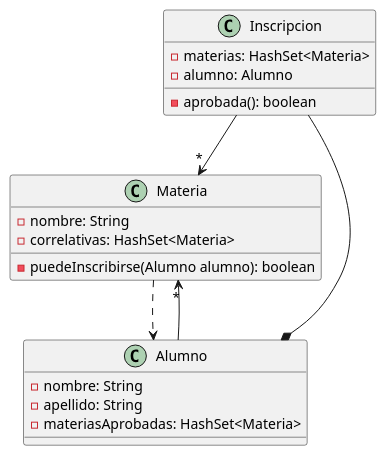
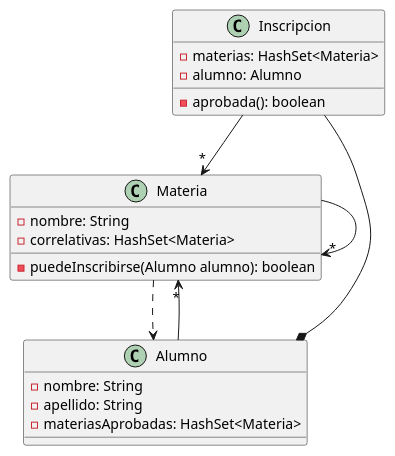
The diagram in correlativas/src/DDC.plantuml.puml (JuanFFernan05/matCorrelativ), drawn with PlantUML before and after one commit. The commit also changed 2 other files, not shown here.

```diff
--- a/correlativas/src/DDC.plantuml.puml
+++ b/correlativas/src/DDC.plantuml.puml
@@ -1,27 +1,28 @@
 @startuml
 'https://plantuml.com/sequence-diagram
 class Inscripcion{
 -materias: HashSet<Materia>
 -alumno: Alumno
 -aprobada(): boolean
 }
 
 class Materia{
 -nombre: String
 -correlativas: HashSet<Materia>
 -puedeInscribirse(Alumno alumno): boolean
 }
 
 class Alumno{
 -nombre: String
 -apellido: String
 -materiasAprobadas: HashSet<Materia>
 }
 
 Inscripcion --> "*" Materia
 Inscripcion --* Alumno
 Alumno --> "*" Materia
 Materia ..> Alumno
+Materia --> "*" Materia
 
 
 @enduml
```
